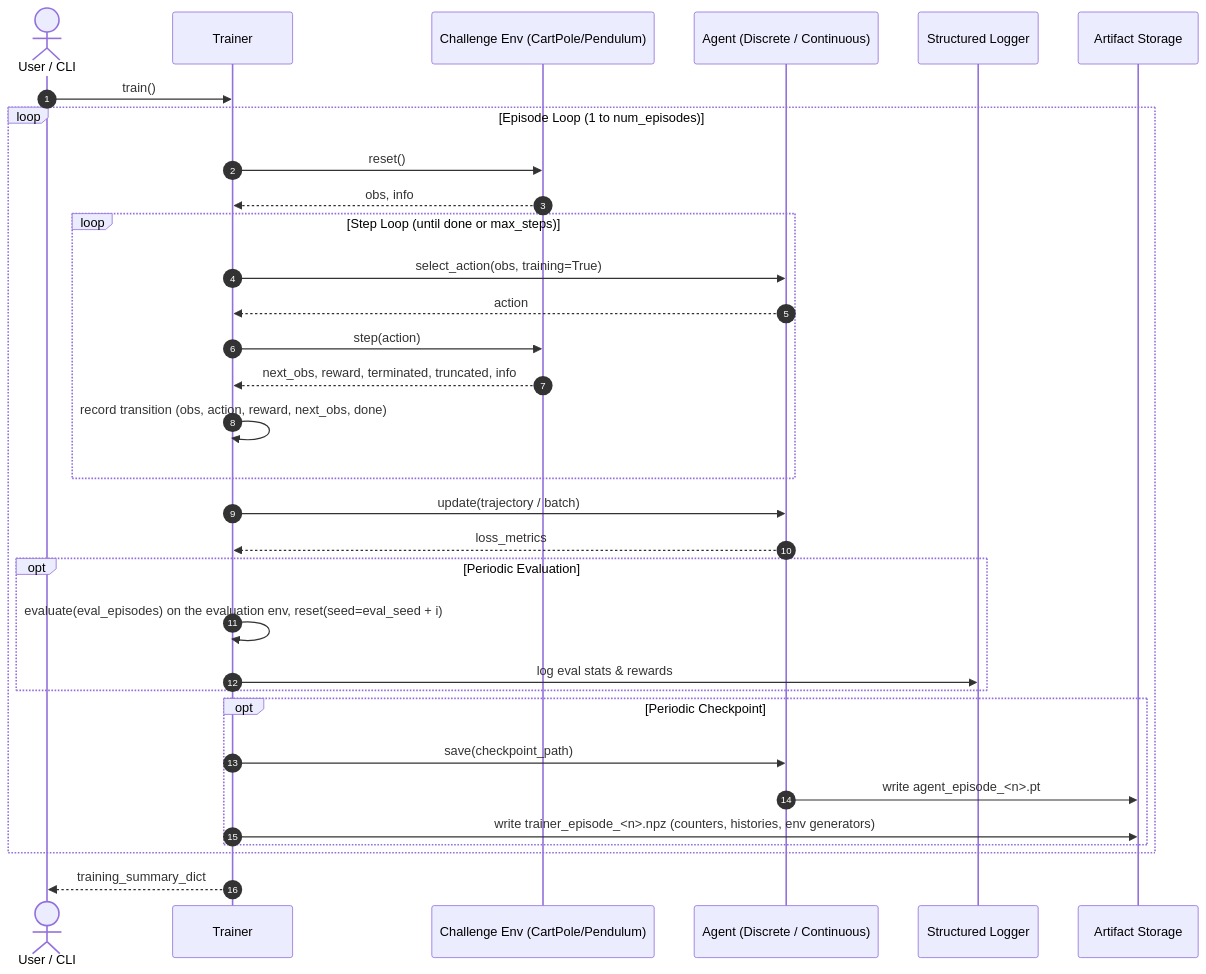
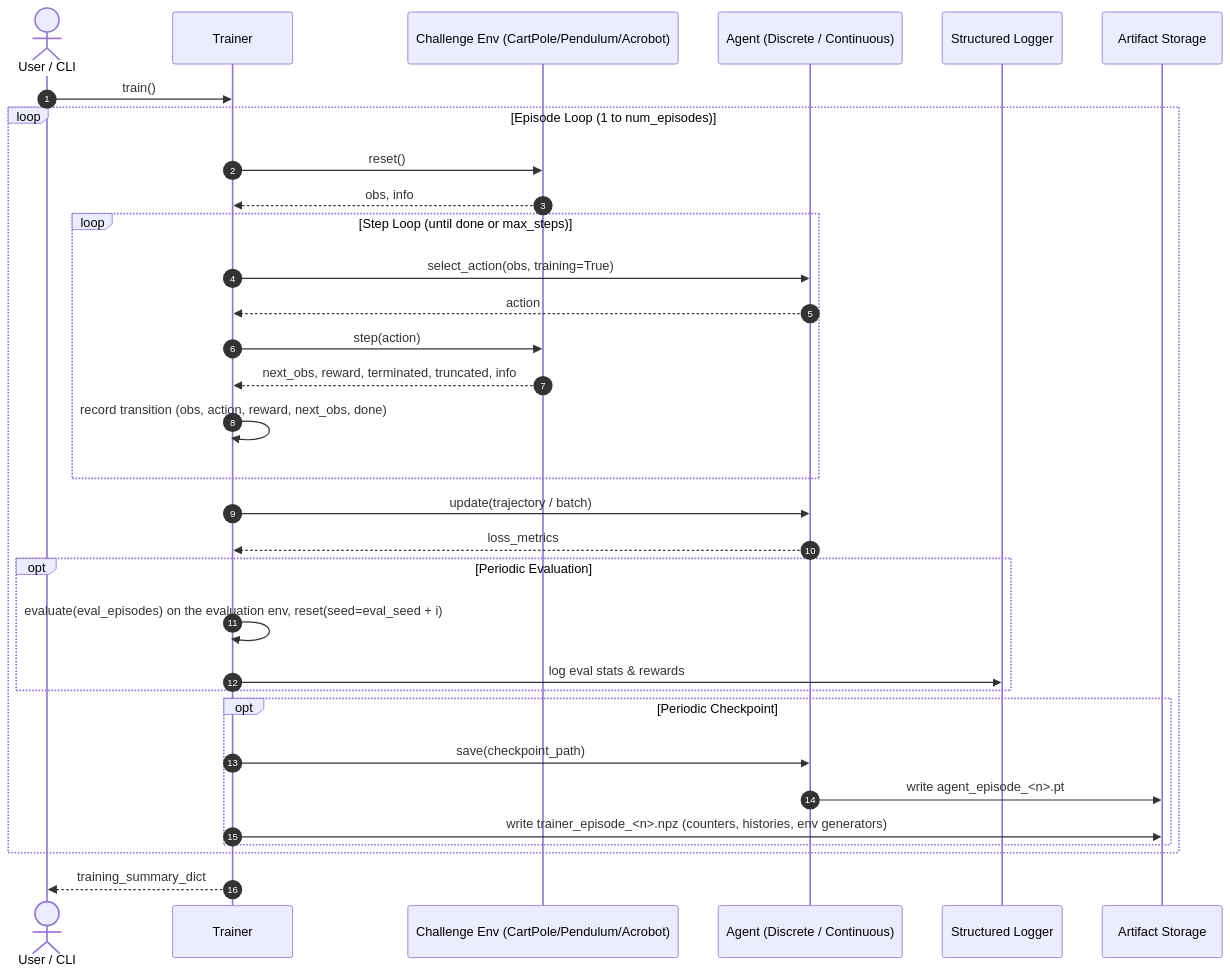
Before and after one commit to andreijw/AI: the third of 3 diagrams in ARCHITECTURE.md, drawn with Mermaid. The commit also changed other lines of this file and 24 other files, not shown here.

Commit message:
feat(challenges): add the Acrobot-v1 challenge with DQN and PPO configs

````diff
--- a/ARCHITECTURE.md
+++ b/ARCHITECTURE.md
@@ -258,35 +260,35 @@
 ```mermaid
 sequenceDiagram
     autonumber
     actor User as User / CLI
     participant Trainer as Trainer
-    participant Env as Challenge Env (CartPole/Pendulum)
+    participant Env as Challenge Env (CartPole/Pendulum/Acrobot)
     participant Agent as Agent (Discrete / Continuous)
     participant Logger as Structured Logger
     participant Disk as Artifact Storage
 
     User->>Trainer: train()
     loop Episode Loop (1 to num_episodes)
         Trainer->>Env: reset()
         Env-->>Trainer: obs, info
         loop Step Loop (until done or max_steps)
             Trainer->>Agent: select_action(obs, training=True)
             Agent-->>Trainer: action
             Trainer->>Env: step(action)
             Env-->>Trainer: next_obs, reward, terminated, truncated, info
             Trainer->>Trainer: record transition (obs, action, reward, next_obs, done)
         end
         Trainer->>Agent: update(trajectory / batch)
         Agent-->>Trainer: loss_metrics
         opt Periodic Evaluation
             Trainer->>Trainer: evaluate(eval_episodes) on the evaluation env, reset(seed=eval_seed + i)
             Trainer->>Logger: log eval stats & rewards
         end
         opt Periodic Checkpoint
             Trainer->>Agent: save(checkpoint_path)
             Agent->>Disk: write agent_episode_<n>.pt
             Trainer->>Disk: write trainer_episode_<n>.npz (counters, histories, env generators)
         end
     end
     Trainer-->>User: training_summary_dict
 ```
````
